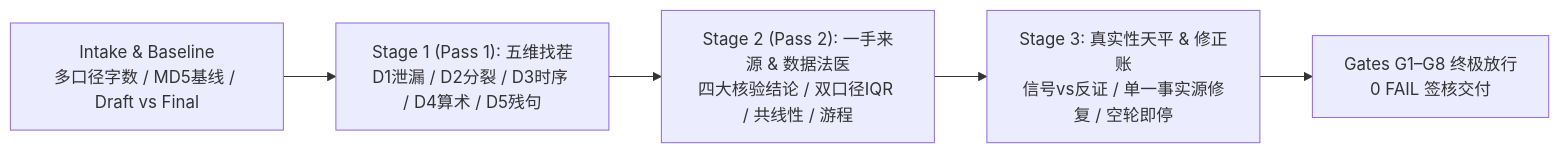
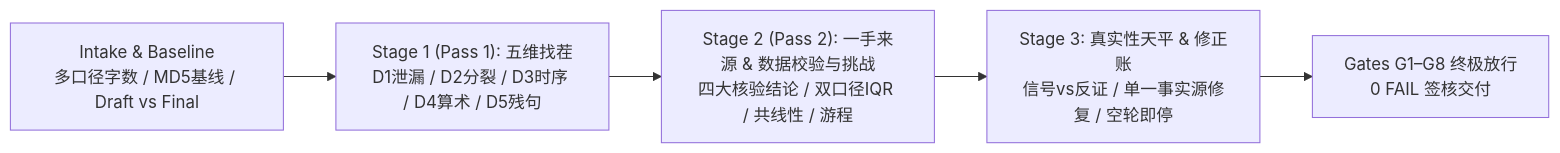
One commit to jhuang-edu/academic-paper-challenger changed the diagram in README.md. Above: the diagram before and after it, drawn with Mermaid. The commit also changed other lines of this file and 13 other files, not shown here.

````diff
--- a/README.md
+++ b/README.md
@@ -75,7 +87,7 @@
 ```mermaid
 flowchart LR
     S0["Intake & Baseline<br/>多口径字数 / MD5基线 / Draft vs Final"] --> S1["Stage 1 (Pass 1): 五维找茬<br/>D1泄漏 / D2分裂 / D3时序 / D4算术 / D5残句"]
-    S1 --> S2["Stage 2 (Pass 2): 一手来源 & 数据法医<br/>四大核验结论 / 双口径IQR / 共线性 / 游程"]
+    S1 --> S2["Stage 2 (Pass 2): 一手来源 & 数据校验与挑战<br/>四大核验结论 / 双口径IQR / 共线性 / 游程"]
     S2 --> S3["Stage 3: 真实性天平 & 修正账<br/>信号vs反证 / 单一事实源修复 / 空轮即停"]
     S3 --> G["Gates G1–G8 终极放行<br/>0 FAIL 签核交付"]
 ```
````
